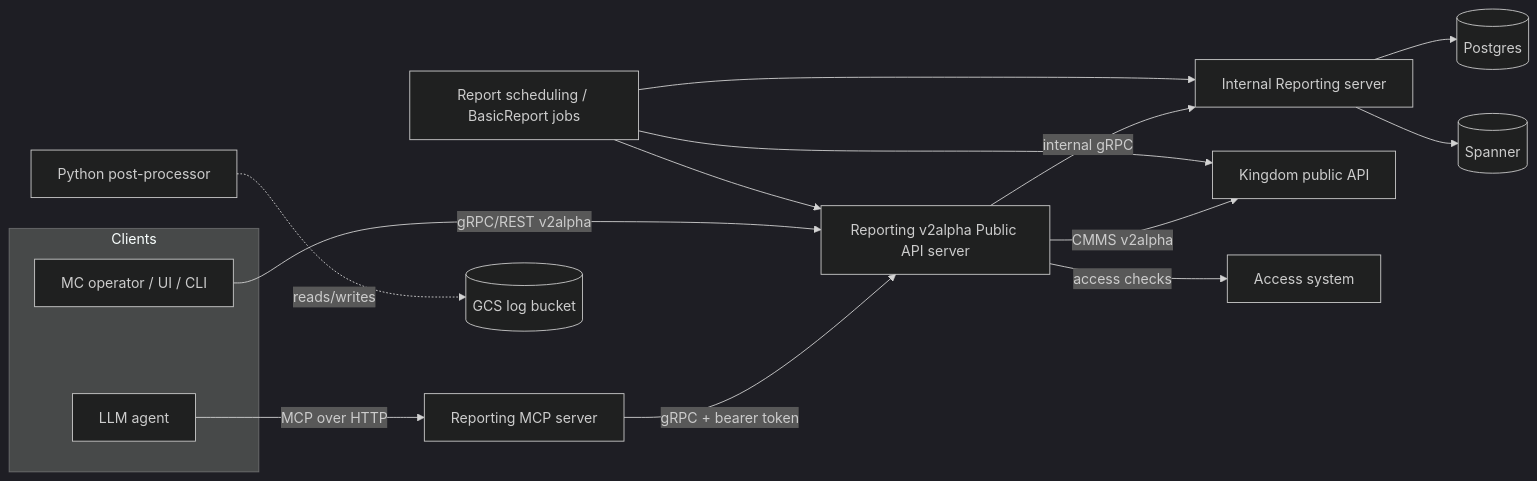
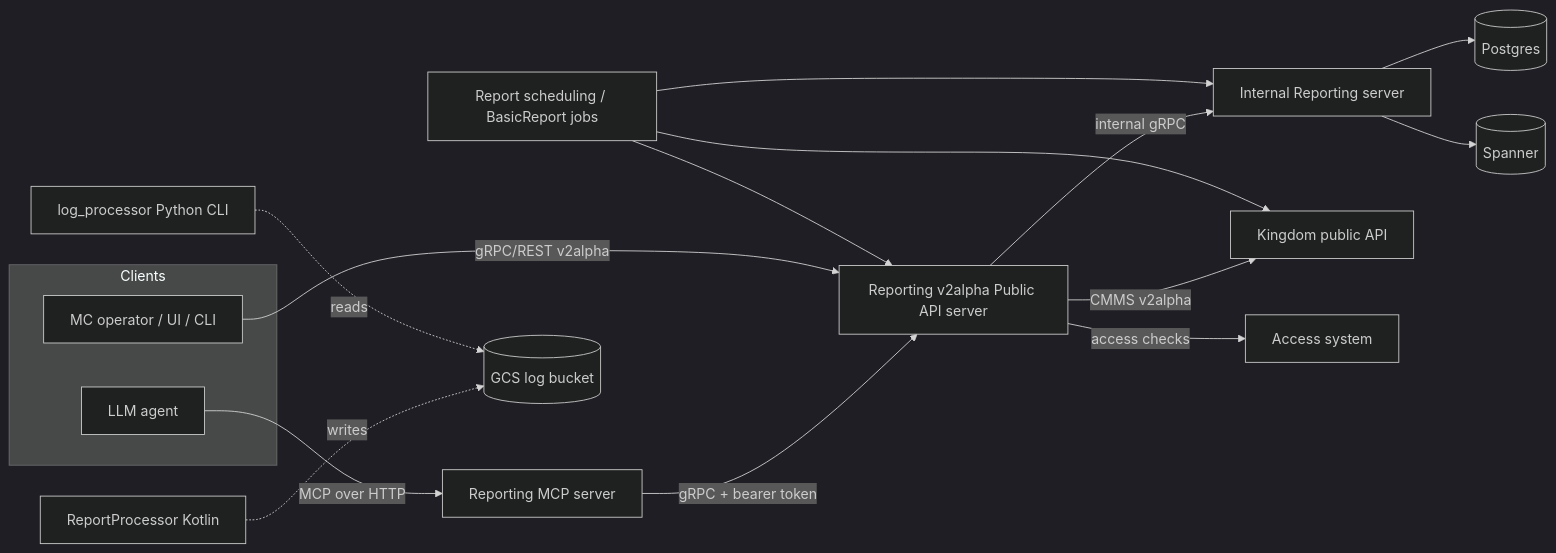
Before and after one commit to world-federation-of-advertisers/cross-media-measurement: the first of 2 diagrams in docs/architecture/components/reporting.md, drawn with Mermaid (dark theme). The commit also changed other lines of this file and 16 other files, not shown here.

````diff
--- a/docs/architecture/components/reporting.md
+++ b/docs/architecture/components/reporting.md
@@ -44,19 +44,20 @@
 ```mermaid
 flowchart LR
   subgraph Clients
     MC[MC operator / UI / CLI]
     Agent[LLM agent]
   end
   Agent -->|MCP over HTTP| MCP[Reporting MCP server]
   MCP -->|gRPC + bearer token| PUB
   MC -->|gRPC/REST v2alpha| PUB[Reporting v2alpha Public API server]
   PUB -->|internal gRPC| INT[Internal Reporting server]
   INT --> PG[(Postgres)]
   INT --> SP[(Spanner)]
   PUB -->|CMMS v2alpha| KING[Kingdom public API]
   PUB -->|access checks| ACCESS[Access system]
   JOBS[Report scheduling / BasicReport jobs] --> PUB
   JOBS --> INT
   JOBS --> KING
-  POST[Python post-processor] -.reads/writes.-> GCS[(GCS log bucket)]
+  RP[ReportProcessor Kotlin] -.writes.-> GCS[(GCS log bucket)]
+  LOGCLI[log_processor Python CLI] -.reads.-> GCS
 ```
````
